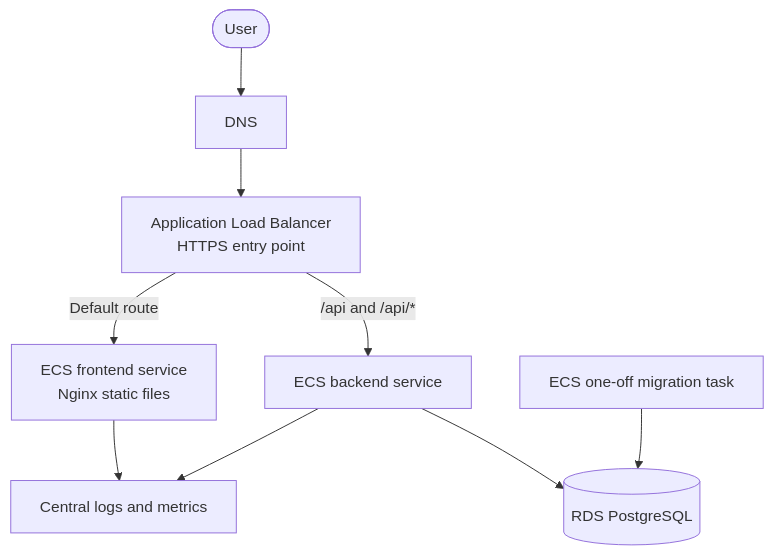
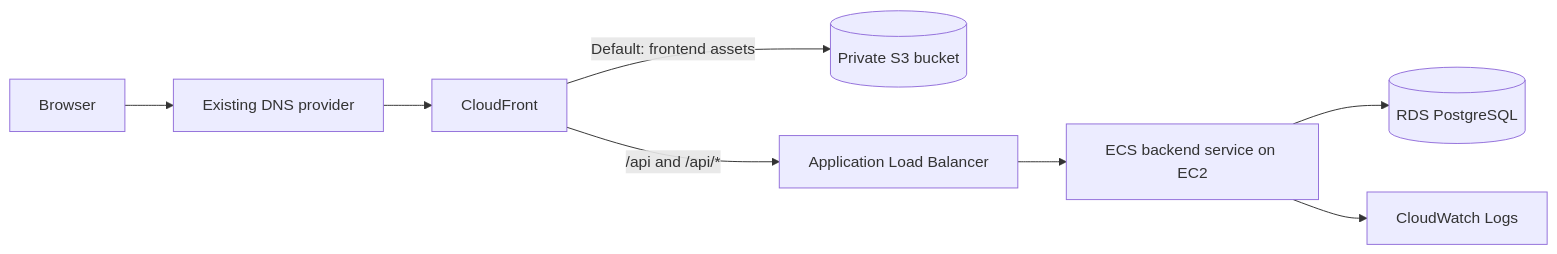
One commit to jakobzagar/Fit-Track changed the diagram in docs/aws-deployment-plan.md. Above: the diagram before and after it, drawn with Mermaid. The commit also changed other lines of this file and 1 other file, not shown here.

````diff
--- a/docs/aws-deployment-plan.md
+++ b/docs/aws-deployment-plan.md
@@ -38,11 +46,10 @@
 ```mermaid
-flowchart TB
-    User([User]) --> DNS[DNS]
-    DNS --> ALB[Application Load Balancer<br/>HTTPS entry point]
-    ALB -->|Default route| Frontend[ECS frontend service<br/>Nginx static files]
-    ALB -->|/api and /api/*| Backend[ECS backend service]
-    Migration[ECS one-off migration task] --> RDS[(RDS PostgreSQL)]
-    Backend --> RDS
-    Backend --> Logs[Central logs and metrics]
-    Frontend --> Logs
+flowchart LR
+    User[Browser] --> DNS[Existing DNS provider]
+    DNS --> CF[CloudFront]
+    CF -->|Default: frontend assets| S3[(Private S3 bucket)]
+    CF -->|/api and /api/*| ALB[Application Load Balancer]
+    ALB --> ECS[ECS backend service on EC2]
+    ECS --> RDS[(RDS PostgreSQL)]
+    ECS --> CW[CloudWatch Logs]
 ```
````
